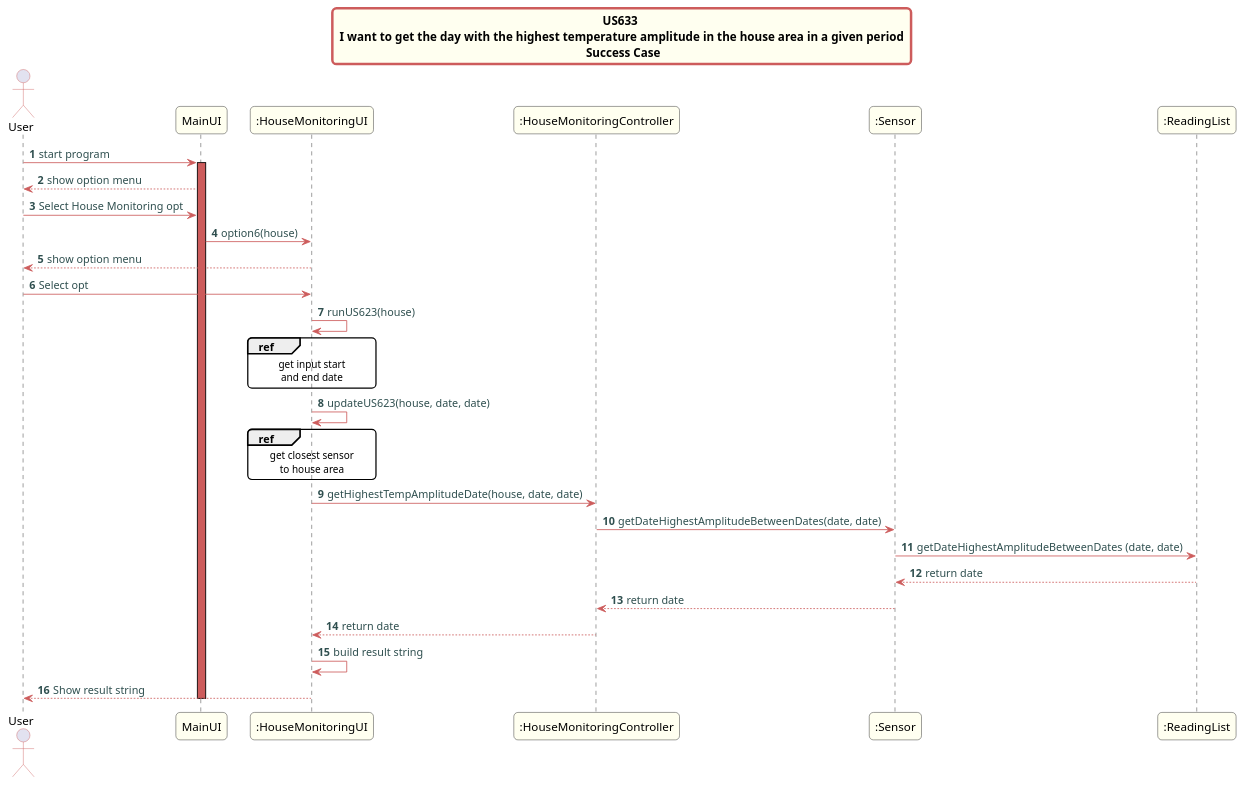
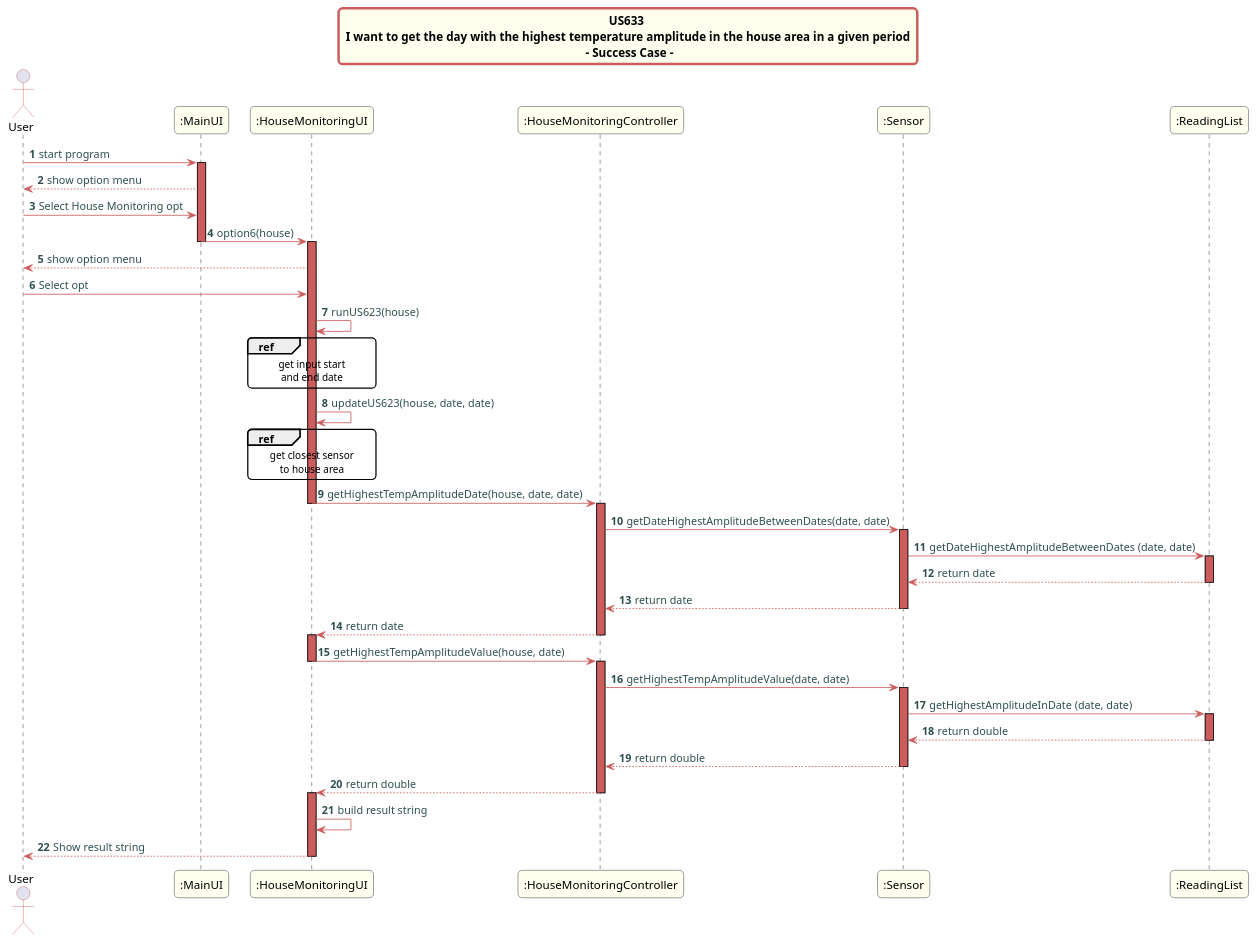
The diagram in src/doc/Controllers/HouseMonitoring/US633/US633.puml (Almadanmp/project), drawn with PlantUML before and after one commit. The commit also changed 2 other files, not shown here.

Commit message:
REF #161 Updates US633 sequence diagram

```diff
--- a/src/doc/Controllers/HouseMonitoring/US633/US633.puml
+++ b/src/doc/Controllers/HouseMonitoring/US633/US633.puml
@@ -1,67 +1,97 @@
 @startuml
 skinparam titleBorderRoundCorner 10
 skinparam titleBorderThickness 3
 skinparam titleBorderColor indianred
 skinparam titleBackgroundColor ivory
 skinparam FontName quicksand
 
 skinparam actor {
   BorderColor indianred
   }
 
 skinparam sequence {
   LifeLineBackgroundColor indianred
   ParticipantBackgroundColor ivory
 }
 
 skinparam roundcorner 10
 
 skinparam component {
   arrowThickness 1
   ArrowFontName Verdana
   ArrowColor indianred
   ArrowFontColor darkslategrey
 }
 
-title US633 \n I want to get the day with the highest temperature amplitude in the house area in a given period \n Success Case
+title US633 \n I want to get the day with the highest temperature amplitude in the house area in a given period \n - Success Case -
 
 autonumber
 
 actor User
 
-User -> MainUI: start program
-activate MainUI
+User -> ":MainUI": start program
+activate ":MainUI"
 
-MainUI --> User: show option menu
-User-> MainUI: Select House Monitoring opt
-MainUI -> ":HouseMonitoringUI": option6(house)
+":MainUI" --> User: show option menu
+User-> ":MainUI": Select House Monitoring opt
+":MainUI" -> ":HouseMonitoringUI": option6(house)
+deactivate ":MainUI"
+activate ":HouseMonitoringUI"
 ":HouseMonitoringUI" --> User: show option menu
 User -> ":HouseMonitoringUI": Select opt
 ":HouseMonitoringUI" -> ":HouseMonitoringUI": runUS623(house)
 
 ref over ":HouseMonitoringUI"
 get input start
 and end date
 end ref
 
 ":HouseMonitoringUI" -> ":HouseMonitoringUI": updateUS623(house, date, date)
 ref over ":HouseMonitoringUI"
 get closest sensor
 to house area
 end ref
+
 ":HouseMonitoringUI" -> ":HouseMonitoringController": getHighestTempAmplitudeDate(house, date, date)
+deactivate ":HouseMonitoringUI"
+activate ":HouseMonitoringController"
 ":HouseMonitoringController" -> ":Sensor": getDateHighestAmplitudeBetweenDates(date, date)
+
+activate ":Sensor"
+
 ":Sensor" -> ":ReadingList": getDateHighestAmplitudeBetweenDates (date, date)
+activate ":ReadingList"
 ":ReadingList" --> ":Sensor": return date
+deactivate ":ReadingList"
 ":Sensor" --> ":HouseMonitoringController": return date
+deactivate ":Sensor"
 
 ":HouseMonitoringController" --> ":HouseMonitoringUI": return date
+deactivate ":HouseMonitoringController"
+activate ":HouseMonitoringUI"
+":HouseMonitoringUI" -> ":HouseMonitoringController": getHighestTempAmplitudeValue(house, date)
+deactivate ":HouseMonitoringUI"
+activate ":HouseMonitoringController"
+
+":HouseMonitoringController" -> ":Sensor": getHighestTempAmplitudeValue(date, date)
+activate ":Sensor"
+":Sensor" -> ":ReadingList": getHighestAmplitudeInDate (date, date)
+activate ":ReadingList"
+":ReadingList" --> ":Sensor": return double
+deactivate ":ReadingList"
+":Sensor" --> ":HouseMonitoringController": return double
+deactivate ":Sensor"
+
+":HouseMonitoringController" --> ":HouseMonitoringUI": return double
+deactivate ":HouseMonitoringController"
+activate ":HouseMonitoringUI"
 
 ":HouseMonitoringUI" -> ":HouseMonitoringUI": build result string
 
 ":HouseMonitoringUI" --> User: Show result string
+deactivate ":HouseMonitoringUI"
 
-deactivate MainUI
+deactivate ":MainUI"
 
 
 @enduml
```
